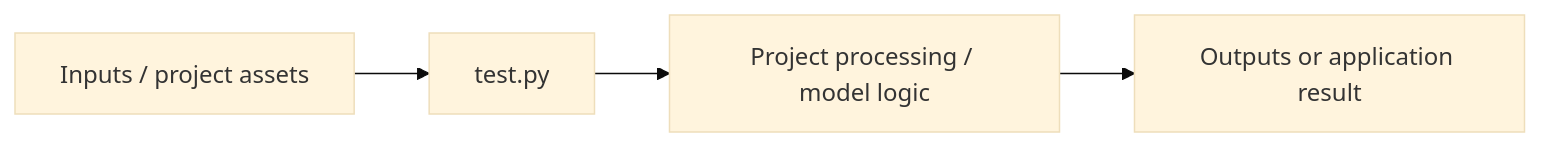
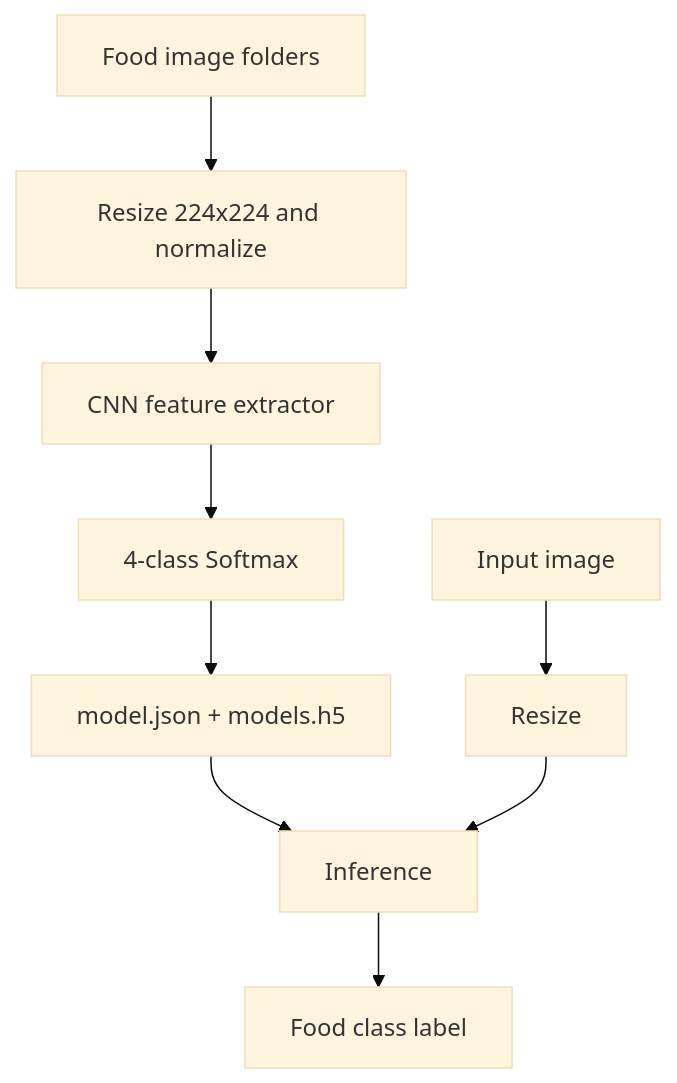
Before and after one commit to Rajkumar-Ai-Engineer/120_ProjectStreak: the diagram in Machine_Learning/image_classification_with_multilabel/README.md, drawn with Mermaid (base theme). The commit also changed other lines of this file, not shown here.

Commit message:
docs(ml): improve image_classification_with_multilabel project documentation

````diff
--- a/Machine_Learning/image_classification_with_multilabel/README.md
+++ b/Machine_Learning/image_classification_with_multilabel/README.md
@@ -21,6 +16,11 @@
 ```mermaid
-flowchart LR
-    I[Inputs / project assets] --> E[test.py]
-    E --> P[Project processing / model logic]
-    P --> O[Outputs or application result]
+flowchart TD
+ A[Food image folders] --> B[Resize 224x224 and normalize]
+ B --> C[CNN feature extractor]
+ C --> D[4-class Softmax]
+ D --> E[model.json + models.h5]
+ F[Input image] --> G[Resize]
+ E --> H[Inference]
+ G --> H
+ H --> I[Food class label]
 ```
````
